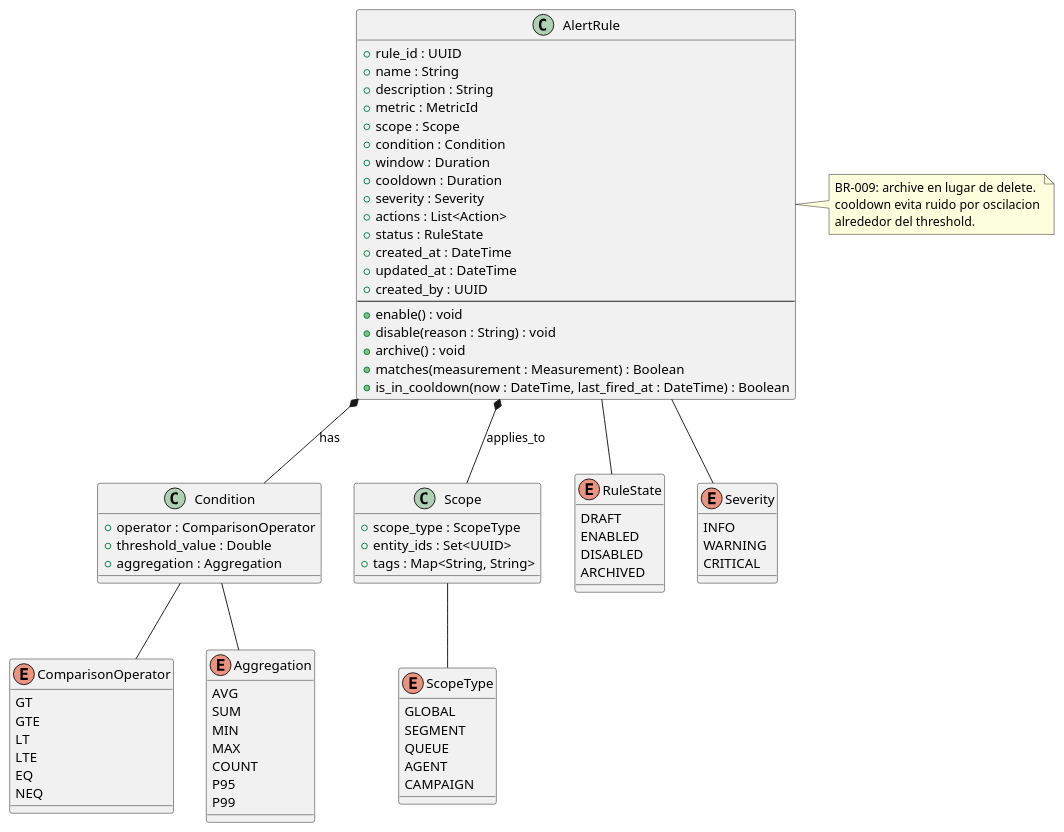
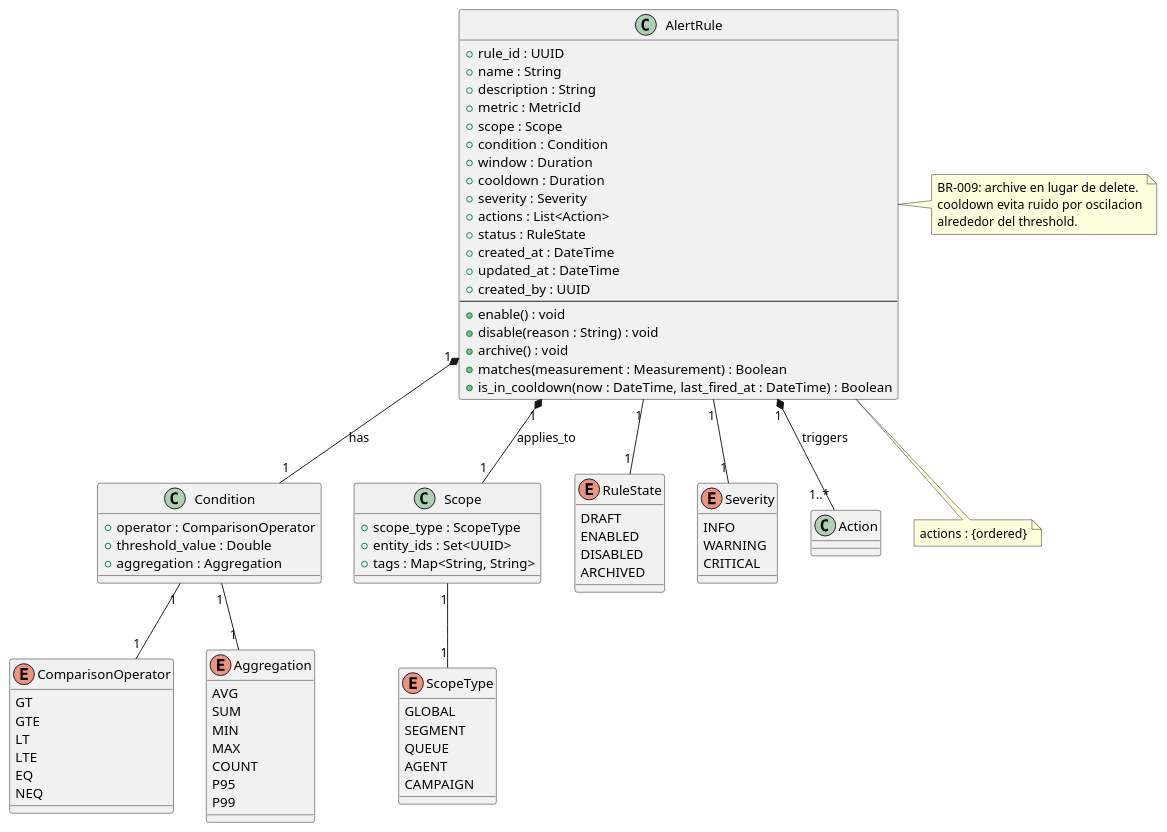
One commit to jcg-admin/IACT-docs changed the diagram in source/arquitectura-tecnica/domain-model/alert-rule.rst. Above: the diagram before and after it, drawn with PlantUML. The commit also changed 27 other files, not shown here.

First line of the commit message:
Apply UML rigor pass batch 2: Audit + Alerts + RBAC repos

```diff
--- a/source/arquitectura-tecnica/domain-model/alert-rule.rst
+++ b/source/arquitectura-tecnica/domain-model/alert-rule.rst
@@ -112,13 +112,18 @@
    CAMPAIGN
  }
 
- AlertRule *-- Condition : has
- AlertRule *-- Scope : applies_to
- AlertRule -- RuleState
- AlertRule -- Severity
- Condition -- ComparisonOperator
- Condition -- Aggregation
- Scope -- ScopeType
+ AlertRule "1" *-- "1" Condition : has
+ AlertRule "1" *-- "1" Scope : applies_to
+ AlertRule "1" *-- "1..*" Action : triggers
+ AlertRule "1" -- "1" RuleState
+ AlertRule "1" -- "1" Severity
+ Condition "1" -- "1" ComparisonOperator
+ Condition "1" -- "1" Aggregation
+ Scope "1" -- "1" ScopeType
+
+ note bottom of AlertRule
+   actions : {ordered}
+ end note
 
  note right of AlertRule
    BR-009: archive en lugar de delete.
```
